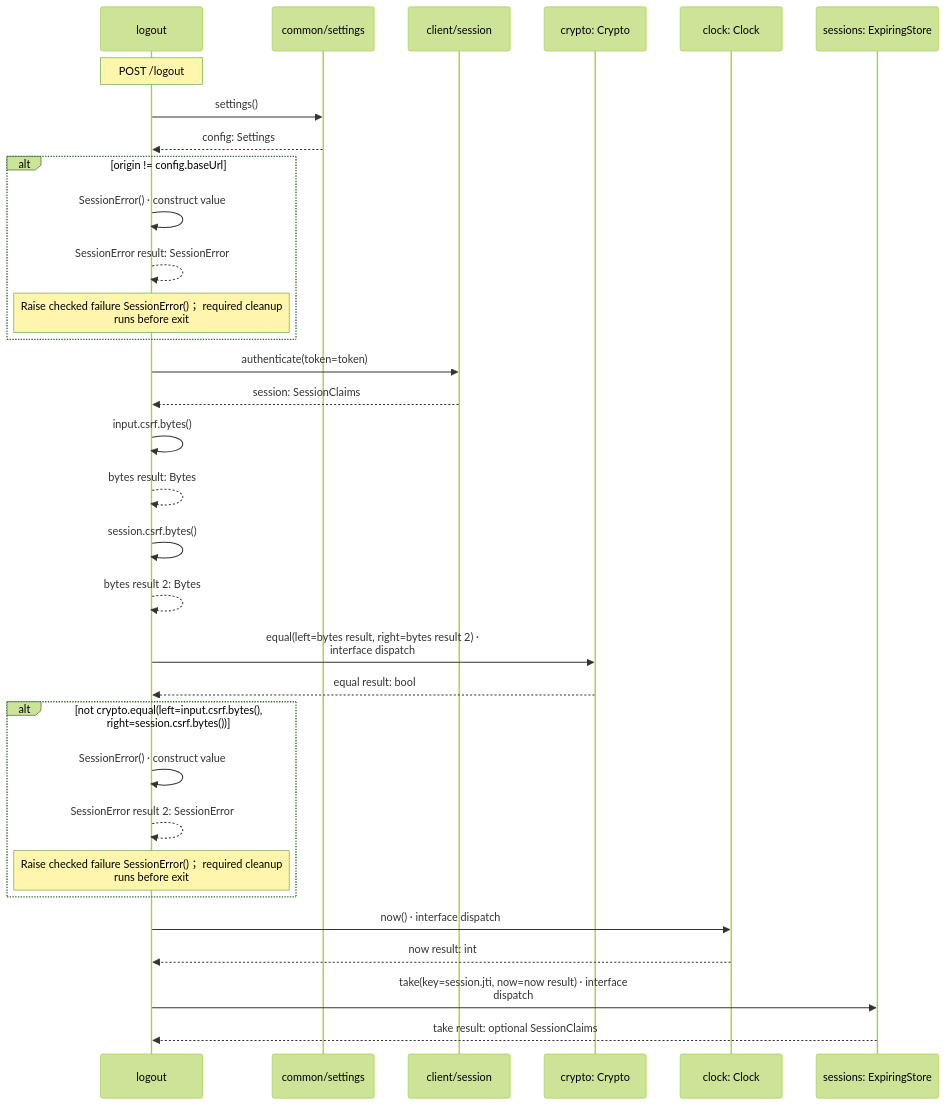
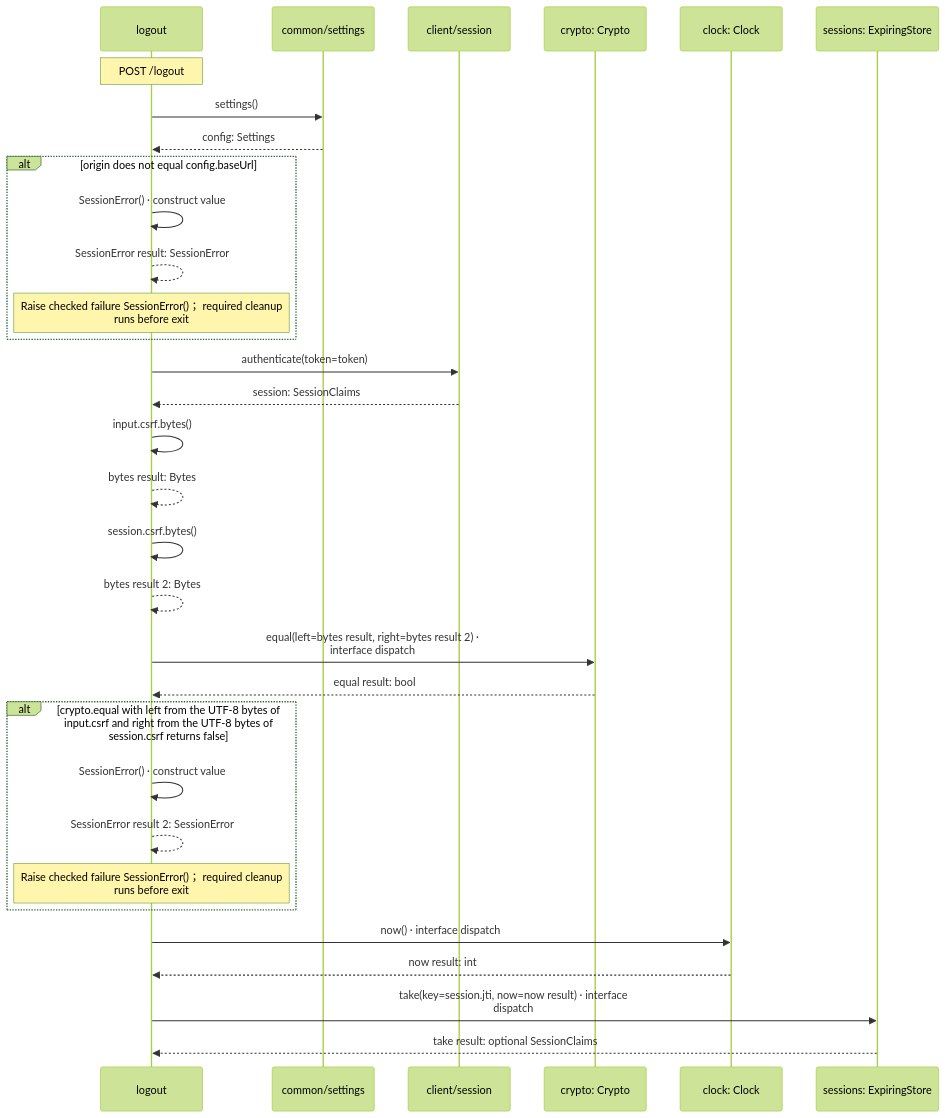
One commit to GreenPandaStudios/augscript changed the third of 4 diagrams in docs/examples/oidc-login/client/logout-diagrams.md. Above: the diagram before and after it, drawn with Mermaid (forest theme). The commit also changed other lines of this file and 658 other files, not shown here.

````diff
--- a/docs/examples/oidc-login/client/logout-diagrams.md
+++ b/docs/examples/oidc-login/client/logout-diagrams.md
@@ -64,34 +76,34 @@
 ```mermaid
 sequenceDiagram
     participant p0 as logout
     participant p1 as common/settings
     participant p2 as client/session
     participant p3 as crypto: Crypto
     participant p4 as clock: Clock
     participant p5 as sessions: ExpiringStore
     Note over p0: POST /logout
     p0->>p1: settings()
     p1-->>p0: config: Settings
-    alt origin != config.baseUrl
+    alt origin does not equal config.baseUrl
     p0->>p0: SessionError() · construct value
     p0-->>p0: SessionError result: SessionError
     Note over p0: Raise checked failure SessionError()； required cleanup<br/>runs before exit
     end
     p0->>p2: authenticate(token=token)
     p2-->>p0: session: SessionClaims
     p0->>p0: input.csrf.bytes()
     p0-->>p0: bytes result: Bytes
     p0->>p0: session.csrf.bytes()
     p0-->>p0: bytes result 2: Bytes
     p0->>p3: equal(left=bytes result, right=bytes result 2) ·<br/>interface dispatch
     p3-->>p0: equal result: bool
-    alt not crypto.equal(left=input.csrf.bytes(), right=session.csrf.bytes())
+    alt crypto.equal with left from the UTF-8 bytes of<br/>input.csrf and right from the UTF-8 bytes of<br/>session.csrf returns false
     p0->>p0: SessionError() · construct value
     p0-->>p0: SessionError result 2: SessionError
     Note over p0: Raise checked failure SessionError()； required cleanup<br/>runs before exit
     end
     p0->>p4: now() · interface dispatch
     p4-->>p0: now result: int
     p0->>p5: take(key=session.jti, now=now result) · interface<br/>dispatch
     p5-->>p0: take result: optional SessionClaims
 ```
````
